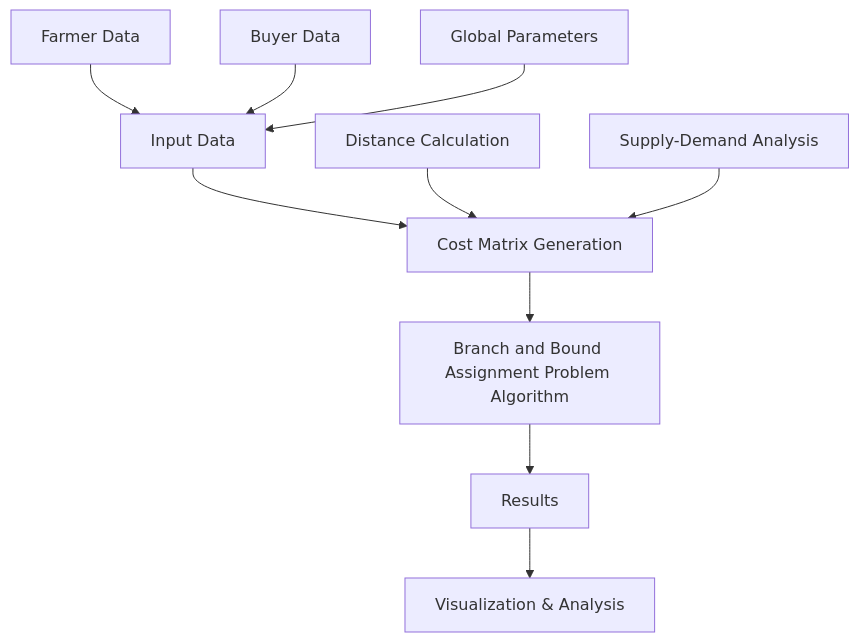
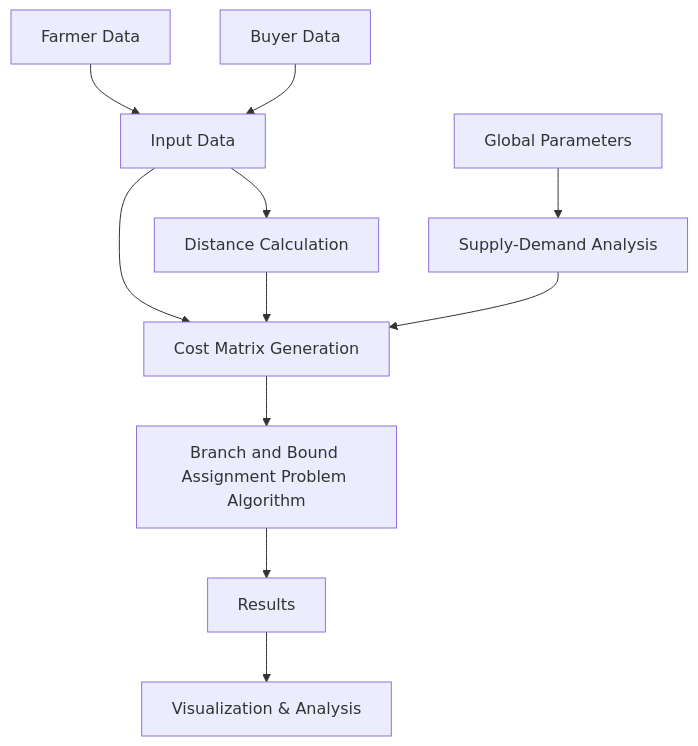
The diagram in README.md (JyLV-Rey/crop-chain), drawn with Mermaid before and after one commit.

Commit message:
docs: graph, fix connections

````diff
--- a/README.md
+++ b/README.md
@@ -90,14 +90,15 @@
 ```mermaid
 graph TD
     A[Input Data] --> B[Cost Matrix Generation]
     B --> C[Branch and Bound Assignment Problem Algorithm]
     C --> D[Results]
     D --> E[Visualization & Analysis]
-    
+    A --> B1
+
     A1[Farmer Data] --> A
     A2[Buyer Data] --> A
-    A3[Global Parameters] --> A
+    A3[Global Parameters] --> B2
     
     B1[Distance Calculation] --> B
     B2[Supply-Demand Analysis] --> B
 ```
````
